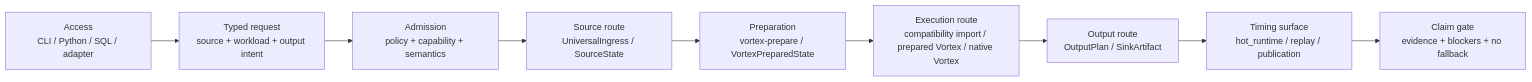
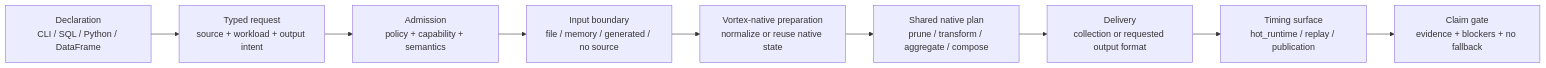
The first of 8 diagrams in docs/architecture/compute-engine-flow-reference.md (depsilon/shardloom), drawn with Mermaid before and after one commit. The commit also changed other lines of this file and 37 other files, not shown here.

Commit message:
Record complete shared-native engine acceptance and align current documentation

````diff
--- a/docs/architecture/compute-engine-flow-reference.md
+++ b/docs/architecture/compute-engine-flow-reference.md
@@ -107,14 +107,14 @@
 ```mermaid
 flowchart LR
-    ACCESS["Access<br/>CLI / Python / SQL / adapter"]
+    ACCESS["Declaration<br/>CLI / SQL / Python / DataFrame"]
     REQUEST["Typed request<br/>source + workload + output intent"]
     ADMISSION["Admission<br/>policy + capability + semantics"]
-    SOURCE["Source route<br/>UniversalIngress / SourceState"]
-    PREPARE["Preparation<br/>vortex-prepare / VortexPreparedState"]
-    EXECUTE["Execution route<br/>compatibility import / prepared Vortex / native Vortex"]
-    OUTPUT["Output route<br/>OutputPlan / SinkArtifact"]
+    SOURCE["Input boundary<br/>file / memory / generated / no source"]
+    PREPARE["Vortex-native preparation<br/>normalize or reuse native state"]
+    EXECUTE["Shared native plan<br/>prune / transform / aggregate / compose"]
+    OUTPUT["Delivery<br/>collection or requested output format"]
     TIMING["Timing surface<br/>hot_runtime / replay / publication"]
     CLAIM["Claim gate<br/>evidence + blockers + no fallback"]
 
     ACCESS --> REQUEST --> ADMISSION --> SOURCE --> PREPARE --> EXECUTE --> OUTPUT --> TIMING --> CLAIM
 ```
````
